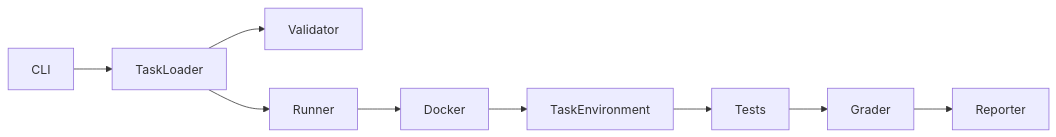
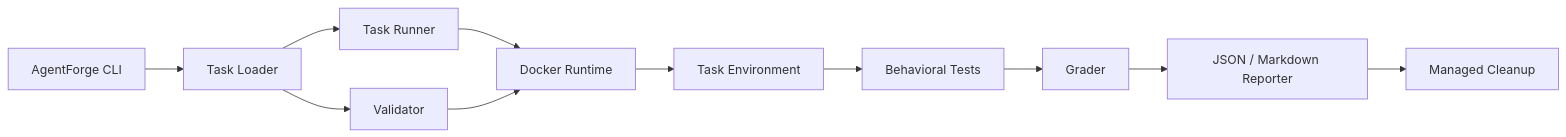
One commit to Smruti-Ranjan-009/AgentForge changed the diagram in README.md. Above: the diagram before and after it, drawn with Mermaid. The commit also changed other lines of this file, not shown here.

Commit message:
docs: polish AgentForge README

````diff
--- a/README.md
+++ b/README.md
@@ -33,11 +107,16 @@
 ```mermaid
 flowchart LR
-    CLI --> TaskLoader
-    TaskLoader --> Validator
-    TaskLoader --> Runner
-    Runner --> Docker
-    Docker --> TaskEnvironment
-    TaskEnvironment --> Tests
-    Tests --> Grader
-    Grader --> Reporter
+    CLI[AgentForge CLI] --> Loader[Task Loader]
+    Loader --> Runner[Task Runner]
+    Loader --> Validator[Validator]
+
+    Runner --> Docker[Docker Runtime]
+    Validator --> Docker
+
+    Docker --> Env[Task Environment]
+    Env --> Tests[Behavioral Tests]
+
+    Tests --> Grader[Grader]
+    Grader --> Reporter[JSON / Markdown Reporter]
+    Reporter --> Cleanup[Managed Cleanup]
 ```
````
